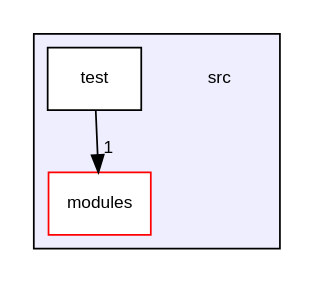
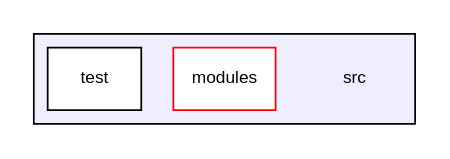
Before and after one commit to redhecker/easyVim: the diagram in docs/dir_68267d1309a1af8e8297ef4c3efbcdba_dep.dot, drawn with Graphviz. The commit also changed 52 other files, not shown here.

```diff
--- a/docs/dir_68267d1309a1af8e8297ef4c3efbcdba_dep.dot
+++ b/docs/dir_68267d1309a1af8e8297ef4c3efbcdba_dep.dot
@@ -1,12 +1,11 @@
 digraph "src" {
   compound=true
   node [ fontsize="10", fontname="Helvetica"];
   edge [ labelfontsize="10", labelfontname="Helvetica"];
   subgraph clusterdir_68267d1309a1af8e8297ef4c3efbcdba {
     graph [ bgcolor="#eeeeff", pencolor="black", label="" URL="dir_68267d1309a1af8e8297ef4c3efbcdba.html"];
     dir_68267d1309a1af8e8297ef4c3efbcdba [shape=plaintext label="src"];
   dir_ddb4d7e95cc2d6c8e1ade10a20d7247d [shape=box label="modules" fillcolor="white" style="filled" color="red" URL="dir_ddb4d7e95cc2d6c8e1ade10a20d7247d.html"];
   dir_120ed4da3e3217b1e7fc0b4f48568e79 [shape=box label="test" fillcolor="white" style="filled" URL="dir_120ed4da3e3217b1e7fc0b4f48568e79.html"];
   }
-  dir_120ed4da3e3217b1e7fc0b4f48568e79->dir_ddb4d7e95cc2d6c8e1ade10a20d7247d [headlabel="1", labeldistance=1.5 headhref="dir_000003_000001.html"];
 }
```
